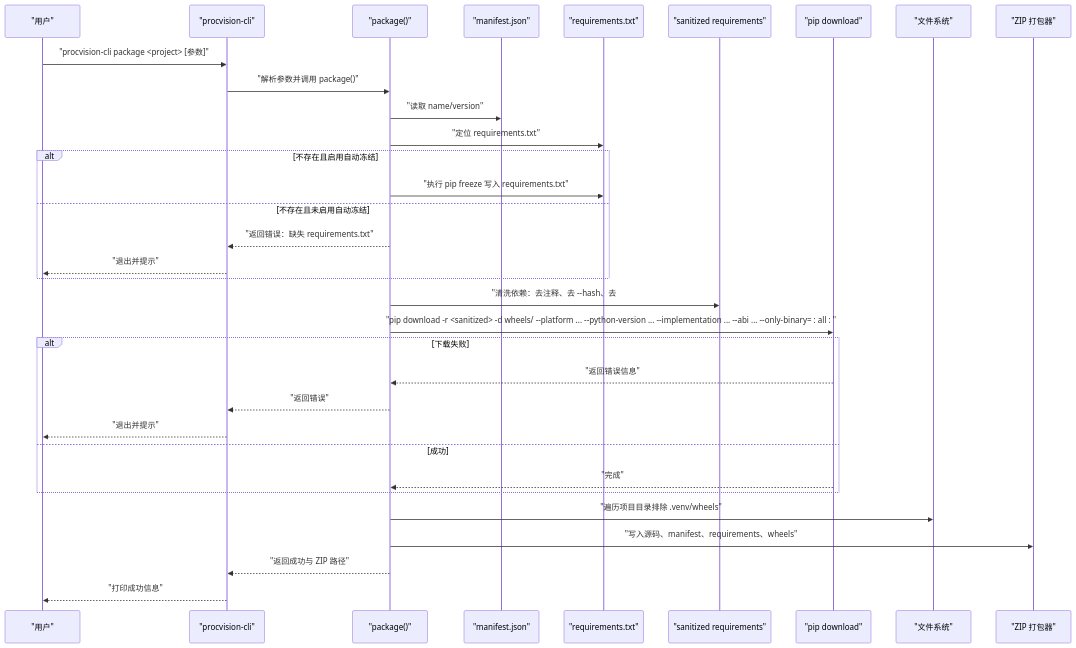
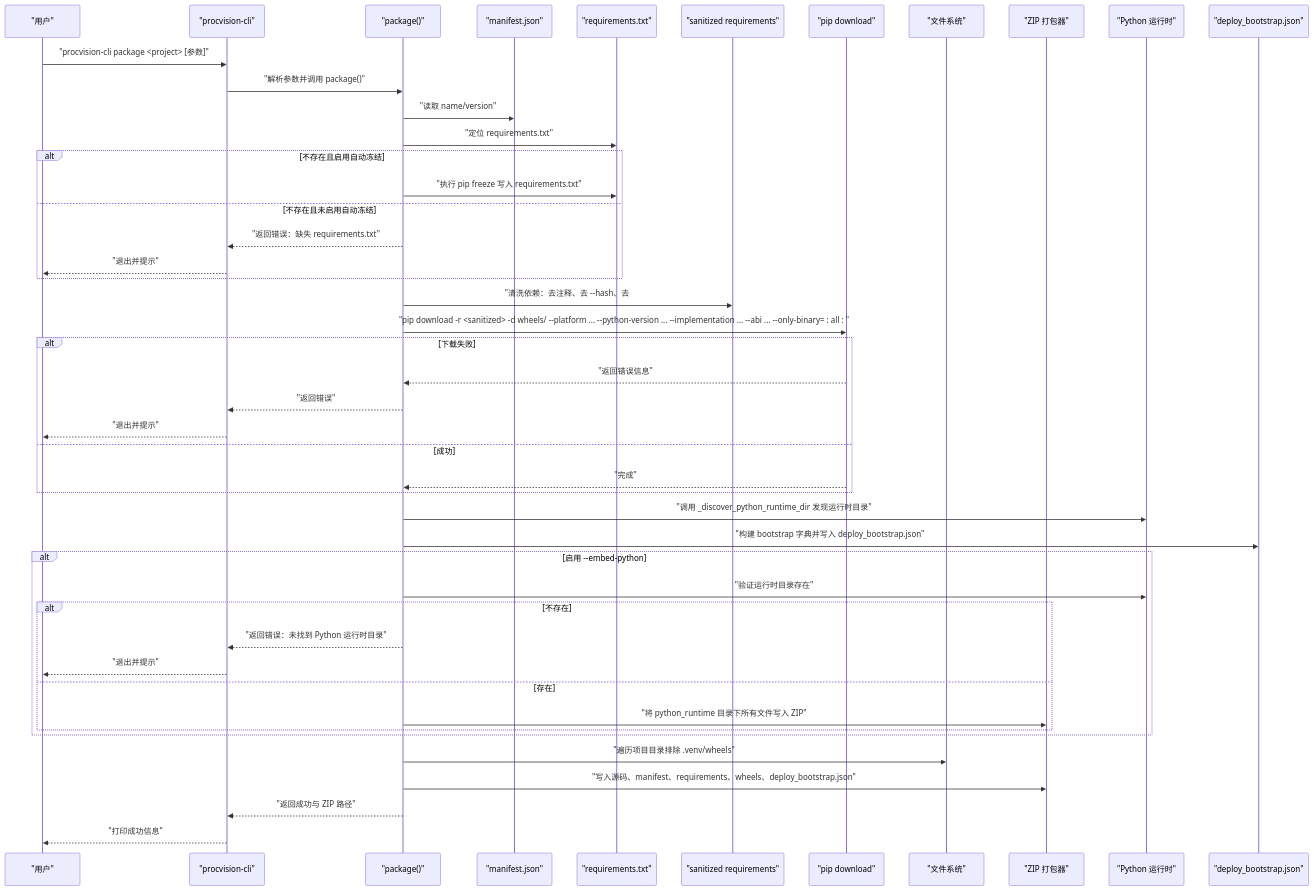
Before and after one commit to knifecaojia/procvision_sdk: the second of 3 diagrams in .qoder/repowiki/zh/content/CLI工具参考/package 命令.md, drawn with Mermaid. The commit also changed other lines of this file and 3 other files, not shown here.

First line of the commit message:
refactor(package): embed Python runtime and flatten wiki sync

````diff
--- a/.qoder/repowiki/zh/content/CLI工具参考/package 命令.md
+++ b/.qoder/repowiki/zh/content/CLI工具参考/package 命令.md
@@ -71,35 +81,48 @@
 ```mermaid
 sequenceDiagram
 participant U as "用户"
 participant CLI as "procvision-cli"
 participant P as "package()"
 participant M as "manifest.json"
 participant R as "requirements.txt"
 participant S as "sanitized requirements"
 participant PD as "pip download"
 participant FS as "文件系统"
 participant Z as "ZIP 打包器"
+participant RT as "Python 运行时"
+participant BS as "deploy_bootstrap.json"
 U->>CLI : "procvision-cli package <project> [参数]"
 CLI->>P : "解析参数并调用 package()"
 P->>M : "读取 name/version"
 P->>R : "定位 requirements.txt"
 alt 不存在且启用自动冻结
 P->>R : "执行 pip freeze 写入 requirements.txt"
 else 不存在且未启用自动冻结
 P-->>CLI : "返回错误：缺失 requirements.txt"
 CLI-->>U : "退出并提示"
 end
 P->>S : "清洗依赖：去注释、去 --hash、去 #sha256="
 P->>PD : "pip download -r <sanitized> -d wheels/ --platform ... --python-version ... --implementation ... --abi ... --only-binary= : all : "
 alt 下载失败
 PD-->>P : "返回错误信息"
 P-->>CLI : "返回错误"
 CLI-->>U : "退出并提示"
 else 成功
 PD-->>P : "完成"
 end
+P->>RT : "调用 _discover_python_runtime_dir 发现运行时目录"
+P->>BS : "构建 bootstrap 字典并写入 deploy_bootstrap.json"
+alt 启用 --embed-python
+P->>RT : "验证运行时目录存在"
+alt 不存在
+P-->>CLI : "返回错误：未找到 Python 运行时目录"
+CLI-->>U : "退出并提示"
+else 存在
+P->>Z : "将 python_runtime 目录下所有文件写入 ZIP"
+end
+end
 P->>FS : "遍历项目目录排除 .venv/wheels"
-P->>Z : "写入源码、manifest、requirements、wheels"
+P->>Z : "写入源码、manifest、requirements、wheels、deploy_bootstrap.json"
 P-->>CLI : "返回成功与 ZIP 路径"
 CLI-->>U : "打印成功信息"
 ```
````
